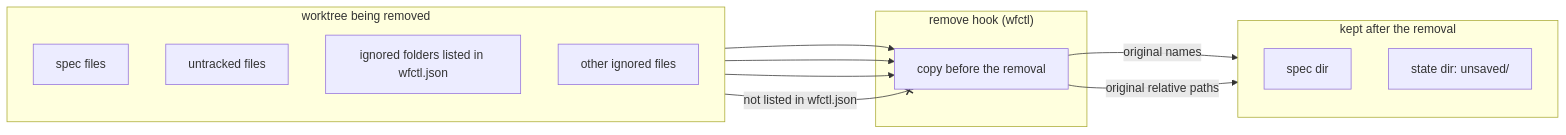
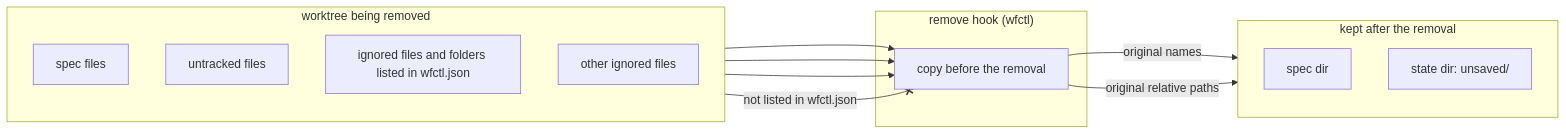
The diagram in docs/architecture/removal-copy-destinations.md (aamarin/wfctl), drawn with Mermaid before and after one commit. The commit also changed other lines of this file and 5 other files, not shown here.

````diff
--- a/docs/architecture/removal-copy-destinations.md
+++ b/docs/architecture/removal-copy-destinations.md
@@ -70,24 +72,24 @@
 ```mermaid
 flowchart LR
     subgraph worktree["worktree being removed"]
         direction TB
         SPEC["spec files"]
         UNTRACKED["untracked files"]
-        LISTED["ignored folders listed in wfctl.json"]
+        LISTED["ignored files and folders listed in wfctl.json"]
         OTHER["other ignored files"]
     end
     subgraph hook["remove hook (wfctl)"]
         COPY["copy before the removal"]
     end
     subgraph keep["kept after the removal"]
         direction TB
         SPECDIR["spec dir"]
         STATE["state dir: unsaved/"]
     end
     SPEC --> COPY
     UNTRACKED --> COPY
     LISTED --> COPY
     COPY -- "original names" --> SPECDIR
     COPY -- "original relative paths" --> STATE
     OTHER -- "not listed in wfctl.json" --x COPY
 ```
````
